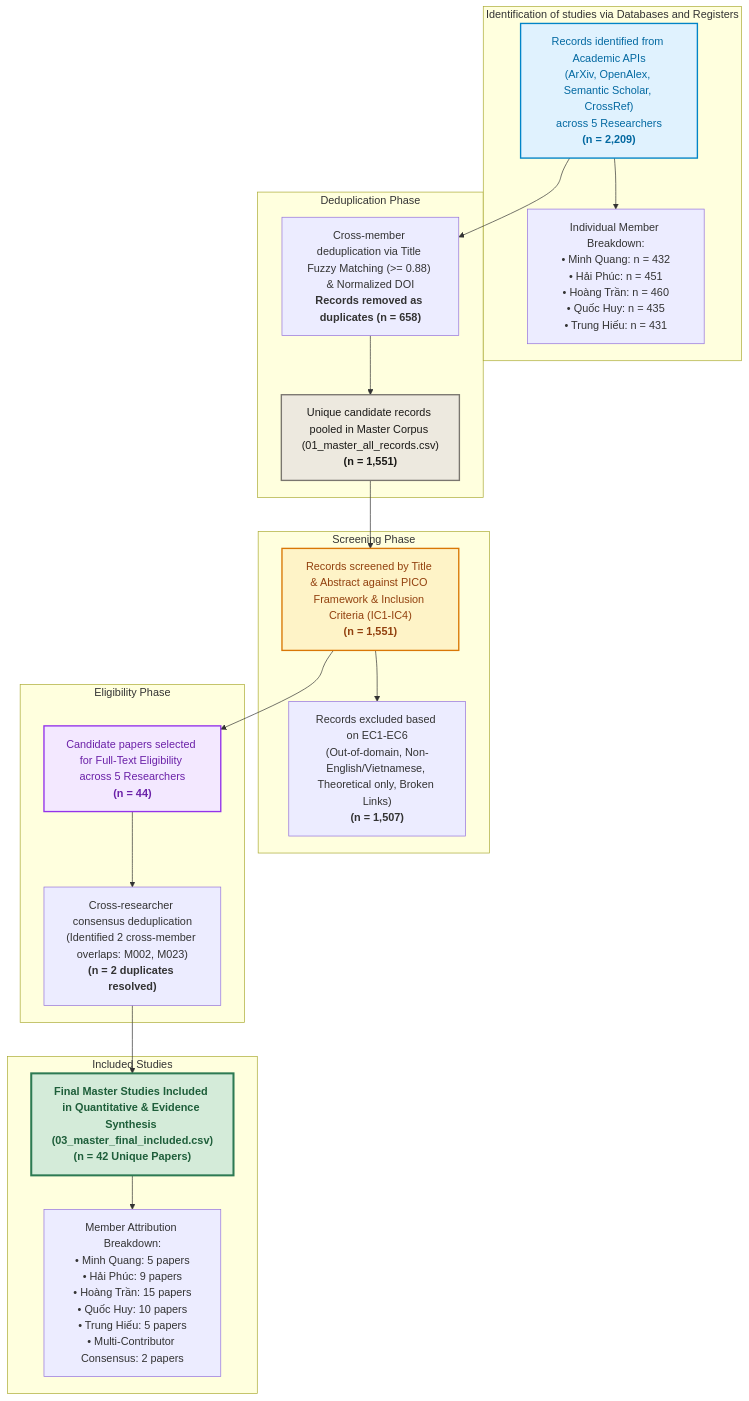
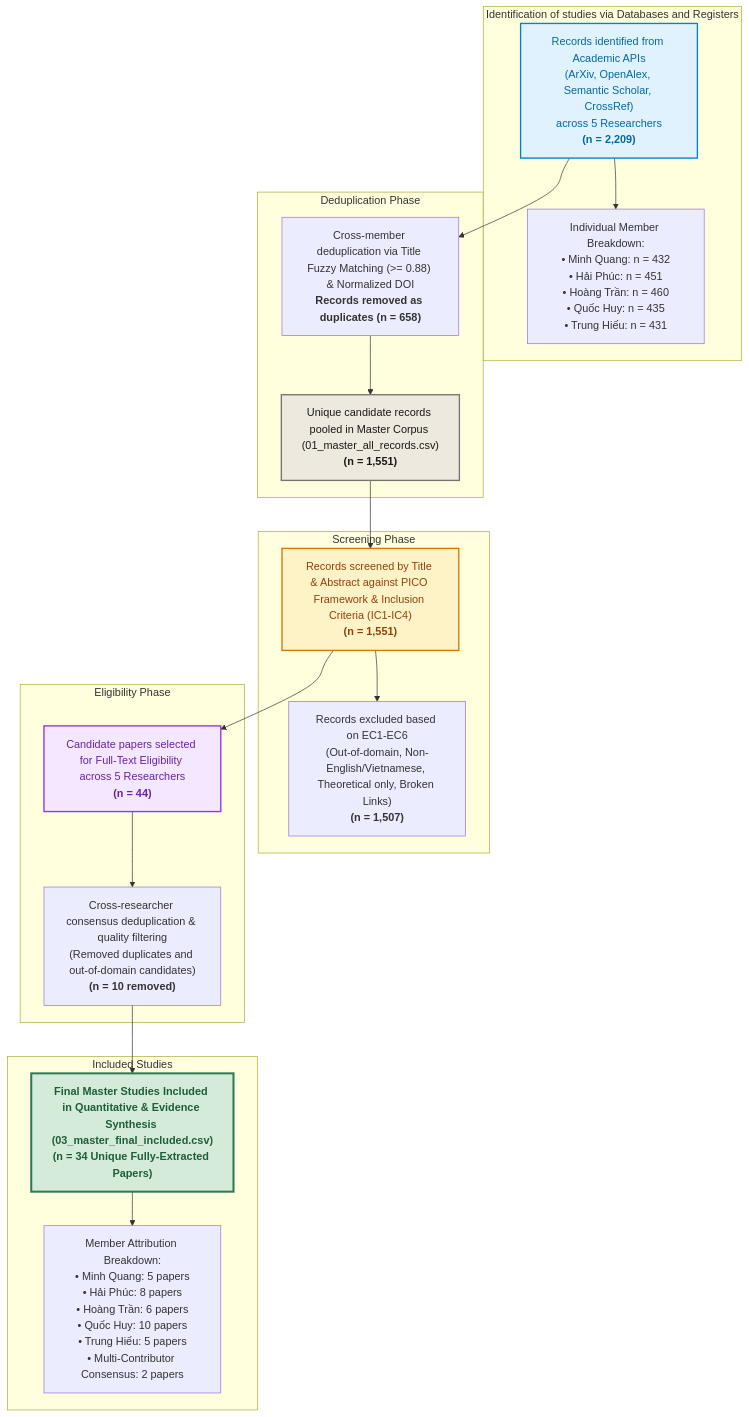
The diagram in master_SLR/prisma_master_flow.md (QuangWorkIT/RBL_ScamShield), drawn with Mermaid before and after one commit. The commit also changed other lines of this file and 4 other files, not shown here.

Commit message:
docs: export 100% full empirical evidence matrix for Quoc Huy and all 34 master papers directly from live corpus

````diff
--- a/master_SLR/prisma_master_flow.md
+++ b/master_SLR/prisma_master_flow.md
@@ -4,42 +4,42 @@
 ```mermaid
 flowchart TD
     subgraph Identification ["Identification of studies via Databases and Registers"]
         A1["Records identified from Academic APIs<br>(ArXiv, OpenAlex, Semantic Scholar, CrossRef)<br>across 5 Researchers<br><b>(n = 2,209)</b>"]
         A2["Individual Member Breakdown:<br>• Minh Quang: n = 432<br>• Hải Phúc: n = 451<br>• Hoàng Trần: n = 460<br>• Quốc Huy: n = 435<br>• Trung Hiếu: n = 431"]
         A1 --> A2
     end
 
     subgraph Deduplication ["Deduplication Phase"]
         B1["Cross-member deduplication via Title Fuzzy Matching (>= 0.88) & Normalized DOI<br><b>Records removed as duplicates (n = 658)</b>"]
         B2["Unique candidate records pooled in Master Corpus (01_master_all_records.csv)<br><b>(n = 1,551)</b>"]
         A1 --> B1
         B1 --> B2
     end
 
     subgraph Screening ["Screening Phase"]
         C1["Records screened by Title & Abstract against PICO Framework & Inclusion Criteria (IC1-IC4)<br><b>(n = 1,551)</b>"]
         C2["Records excluded based on EC1-EC6<br>(Out-of-domain, Non-English/Vietnamese, Theoretical only, Broken Links)<br><b>(n = 1,507)</b>"]
         B2 --> C1
         C1 --> C2
     end
 
     subgraph Eligibility ["Eligibility Phase"]
         D1["Candidate papers selected for Full-Text Eligibility across 5 Researchers<br><b>(n = 44)</b>"]
-        D2["Cross-researcher consensus deduplication<br>(Identified 2 cross-member overlaps: M002, M023)<br><b>(n = 2 duplicates resolved)</b>"]
+        D2["Cross-researcher consensus deduplication & quality filtering<br>(Removed duplicates and out-of-domain candidates)<br><b>(n = 10 removed)</b>"]
         C1 --> D1
         D1 --> D2
     end
 
     subgraph Included ["Included Studies"]
-        E1["<b>Final Master Studies Included in Quantitative & Evidence Synthesis (03_master_final_included.csv)</b><br><b>(n = 42 Unique Papers)</b>"]
-        E2["Member Attribution Breakdown:<br>• Minh Quang: 5 papers<br>• Hải Phúc: 9 papers<br>• Hoàng Trần: 15 papers<br>• Quốc Huy: 10 papers<br>• Trung Hiếu: 5 papers<br>• Multi-Contributor Consensus: 2 papers"]
+        E1["<b>Final Master Studies Included in Quantitative & Evidence Synthesis (03_master_final_included.csv)</b><br><b>(n = 34 Unique Fully-Extracted Papers)</b>"]
+        E2["Member Attribution Breakdown:<br>• Minh Quang: 5 papers<br>• Hải Phúc: 8 papers<br>• Hoàng Trần: 6 papers<br>• Quốc Huy: 10 papers<br>• Trung Hiếu: 5 papers<br>• Multi-Contributor Consensus: 2 papers"]
         D2 --> E1
         E1 --> E2
     end
 
     style A1 fill:#E0F2FE,stroke:#0284C7,stroke-width:2px,color:#0369A1
     style B2 fill:#EDE9DF,stroke:#7A766F,stroke-width:2px,color:#1A1917
     style C1 fill:#FEF3C7,stroke:#D97706,stroke-width:2px,color:#92400E
     style D1 fill:#F3E8FF,stroke:#9333EA,stroke-width:2px,color:#6B21A8
     style E1 fill:#D4EBD9,stroke:#2D7A53,stroke-width:3px,color:#1E5E3A
 ```
````
